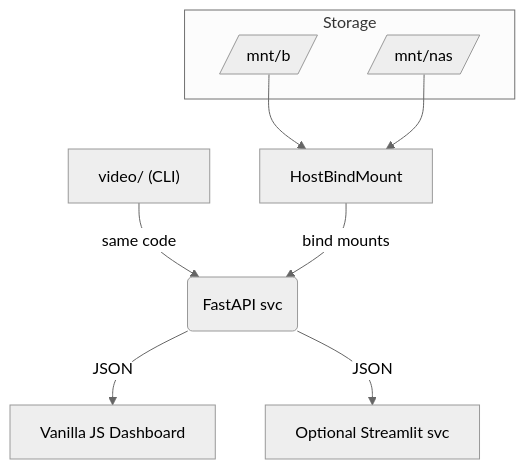
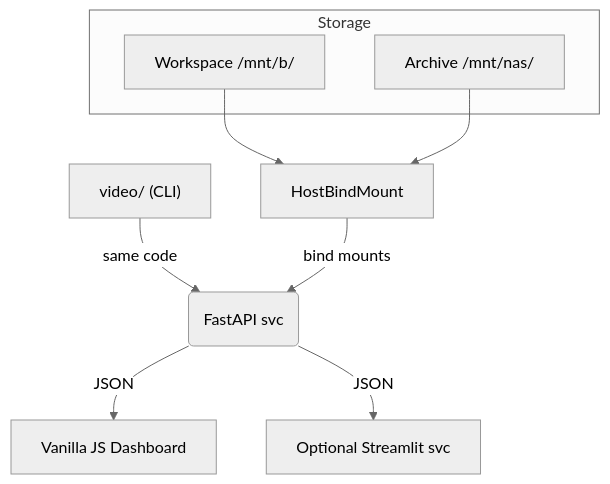
The third of 3 diagrams in README.md (Cdaprod/ThatDAMToolbox), drawn with Mermaid (neutral theme) before and after one commit. The commit also changed other lines of this file and 4 other files, not shown here.

````diff
--- a/README.md
+++ b/README.md
@@ -252,11 +271,11 @@
 ```mermaid
 graph TD;
   CLI["video/ (CLI)"] -->|same code| API(FastAPI svc);
   API -->|JSON| VanillaWeb[Vanilla JS Dashboard];
   API -->|JSON| Streamlit[Optional Streamlit svc];
   subgraph Storage
-    SMB[/mnt/b/] & NAS[/mnt/nas/]
+    SMB[Workspace /mnt/b/] & NAS[Archive /mnt/nas/]
   end
   SMB & NAS --> HostBindMount
   HostBindMount -->|bind mounts| API
 ``` 
````
